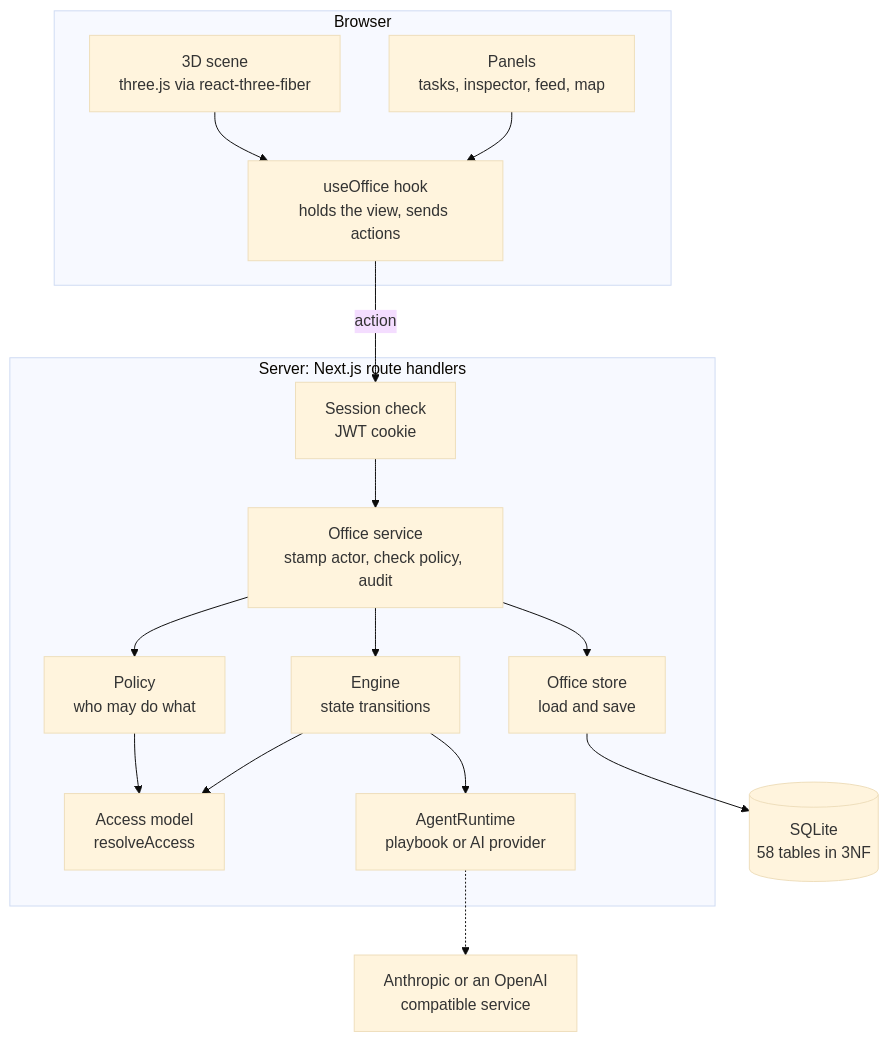
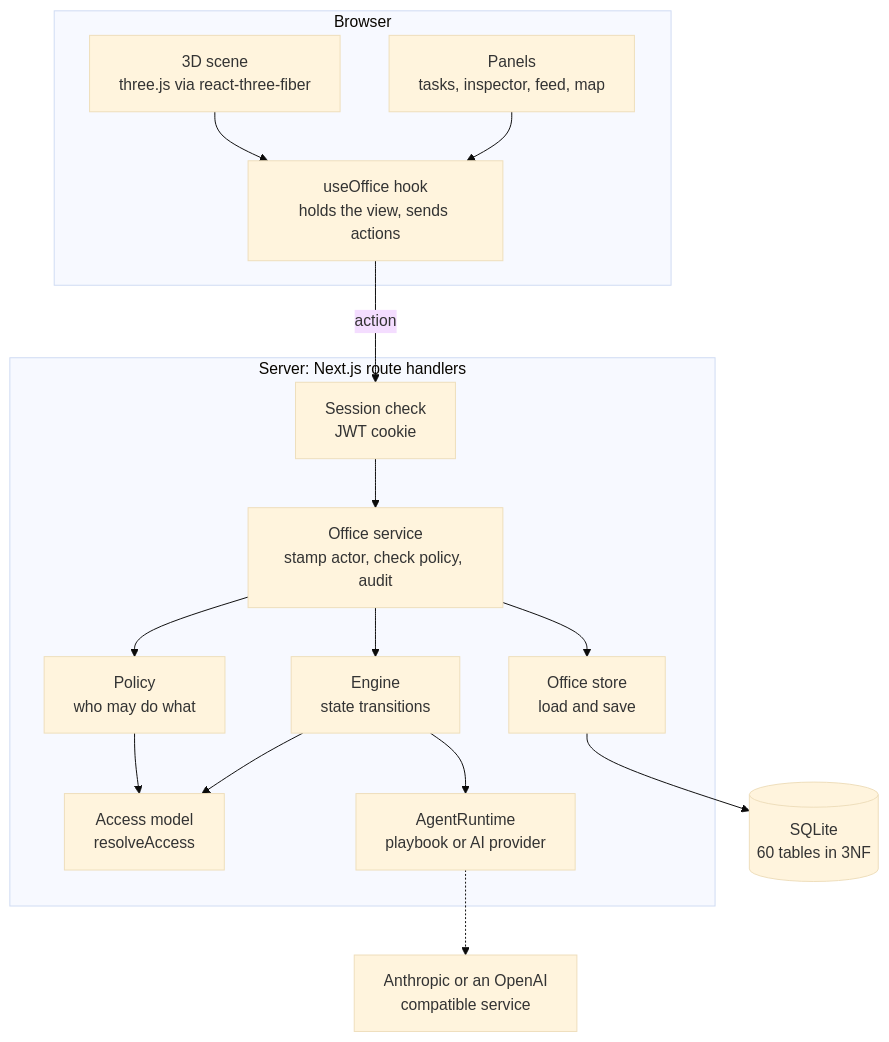
Before and after one commit to seyitgkc/ai-virtual-office: the first of 15 diagrams in README.md, drawn with Mermaid (base theme). The commit also changed other lines of this file, not shown here.

````diff
--- a/README.md
+++ b/README.md
@@ -544,34 +565,34 @@
 ```mermaid
 flowchart TB
   subgraph Browser
     scene["3D scene<br/>three.js via react-three-fiber"]
     panels["Panels<br/>tasks, inspector, feed, map"]
     hook["useOffice hook<br/>holds the view, sends actions"]
     scene --> hook
     panels --> hook
   end
 
   subgraph Server["Server: Next.js route handlers"]
     http["Session check<br/>JWT cookie"]
     service["Office service<br/>stamp actor, check policy, audit"]
     policy["Policy<br/>who may do what"]
     engine["Engine<br/>state transitions"]
     access["Access model<br/>resolveAccess"]
     runtime["AgentRuntime<br/>playbook or AI provider"]
     store["Office store<br/>load and save"]
   end
 
-  db[("SQLite<br/>58 tables in 3NF")]
+  db[("SQLite<br/>60 tables in 3NF")]
   llm["Anthropic or an OpenAI<br/>compatible service"]
 
   hook -->|"action"| http
   http --> service
   service --> policy
   service --> engine
   policy --> access
   engine --> access
   engine --> runtime
   runtime -.-> llm
   service --> store
   store --> db
 ```
````
